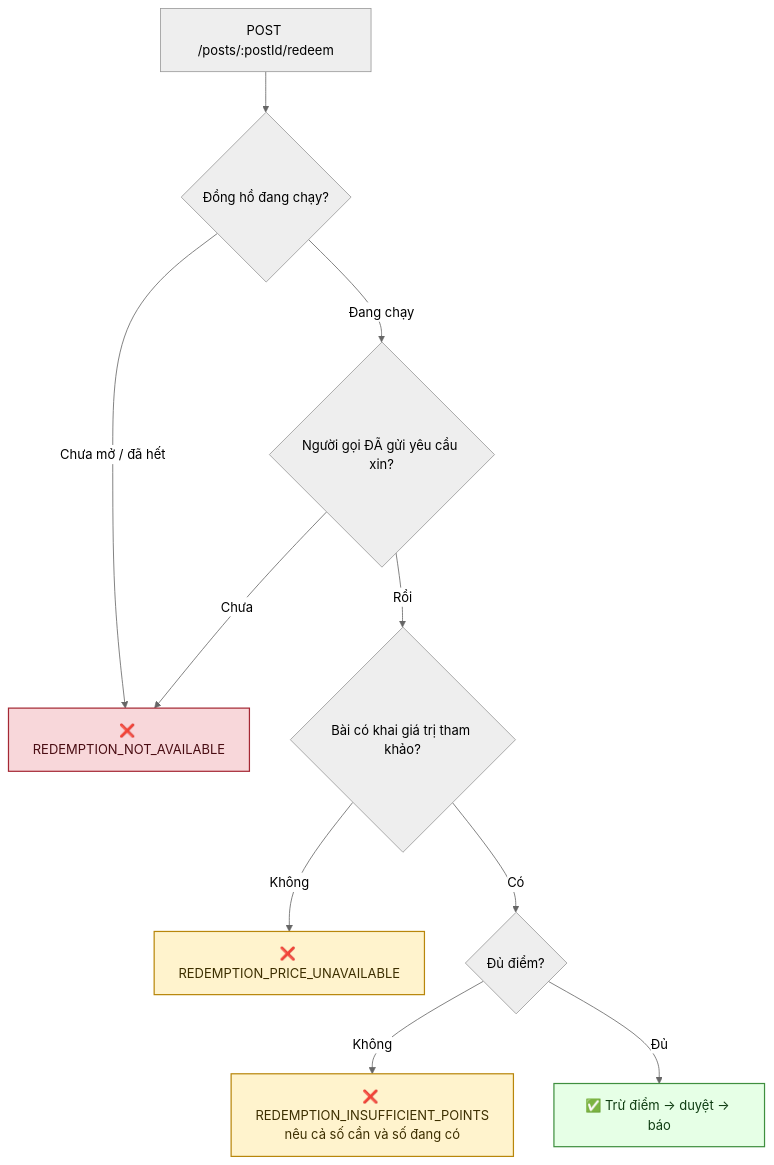
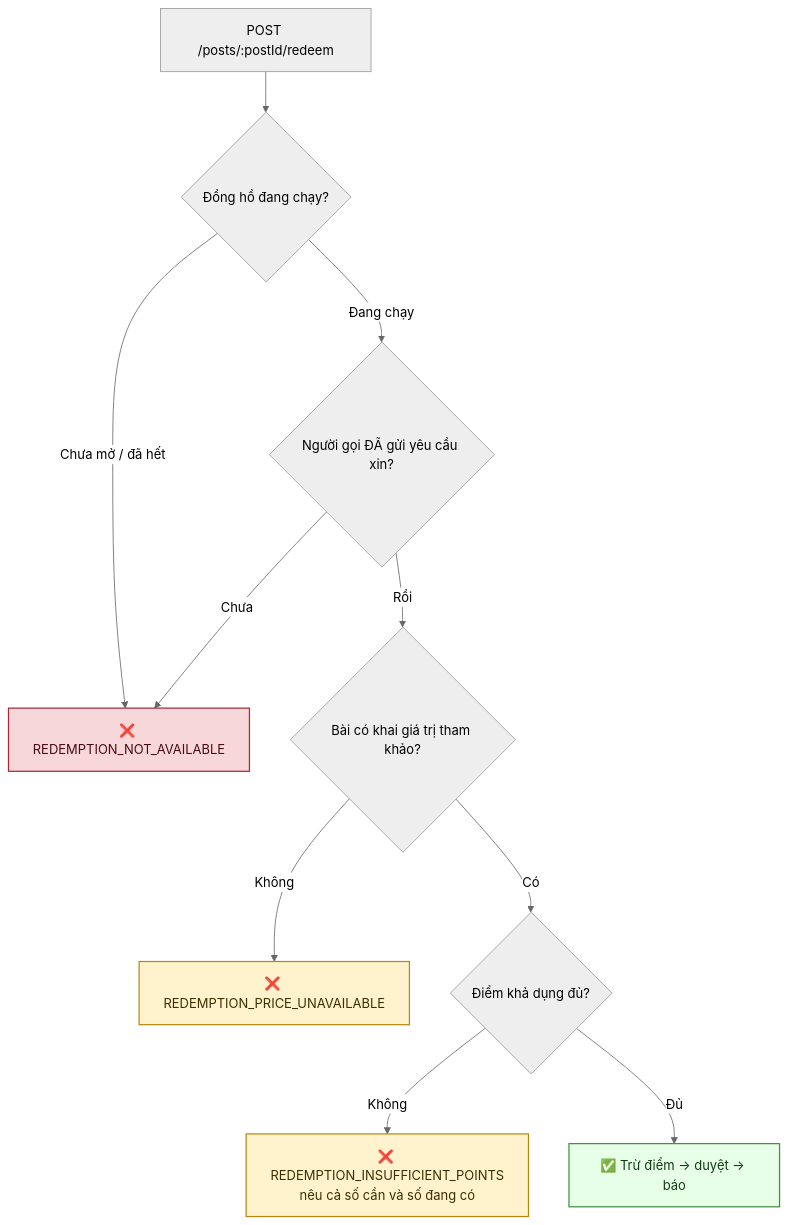
One commit to fdshn/trueheart changed the second of 4 diagrams in docs/diagram/14-redemption.md. Above: the diagram before and after it, drawn with Mermaid (neutral theme). The commit also changed other lines of this file, not shown here.

First line of the commit message:
docs: align redemption diagram with requirement gaps

````diff
--- a/docs/diagram/14-redemption.md
+++ b/docs/diagram/14-redemption.md
@@ -56,17 +60,17 @@
 ```mermaid
 flowchart TD
     A["POST /posts/:postId/redeem"] --> B{Đồng hồ đang chạy?}
     B -->|Chưa mở / đã hết| X1["❌ REDEMPTION_NOT_AVAILABLE"]
     B -->|Đang chạy| C{Người gọi ĐÃ gửi yêu cầu xin?}
     C -->|Chưa| X1
     C -->|Rồi| D{Bài có khai giá trị tham khảo?}
     D -->|Không| X2["❌ REDEMPTION_PRICE_UNAVAILABLE"]
-    D -->|Có| E{Đủ điểm?}
+    D -->|Có| E{Điểm khả dụng đủ?}
     E -->|Không| X3["❌ REDEMPTION_INSUFFICIENT_POINTS<br/>nêu cả số cần và số đang có"]
     E -->|Đủ| F["✅ Trừ điểm → duyệt → báo"]
 
     style X1 fill:#f8d7da,stroke:#a52834,stroke-width:1.5px,color:#4a0d13
     style X2 fill:#fff3cd,stroke:#b8860b,stroke-width:1.5px,color:#3d2f00
     style X3 fill:#fff3cd,stroke:#b8860b,stroke-width:1.5px,color:#3d2f00
     style F fill:#e6ffe6,stroke:#3f8f3f,stroke-width:1.5px,color:#0f3d12
 ```
````
